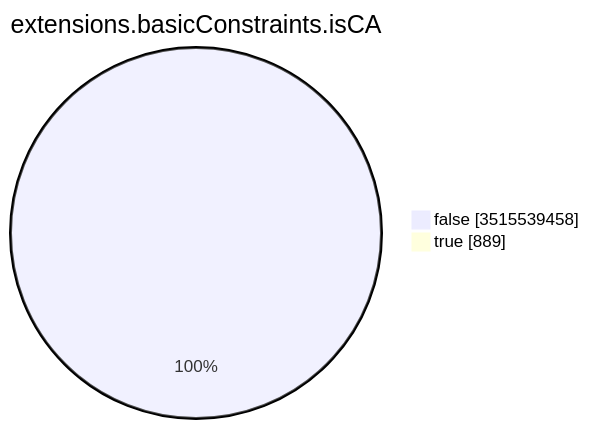
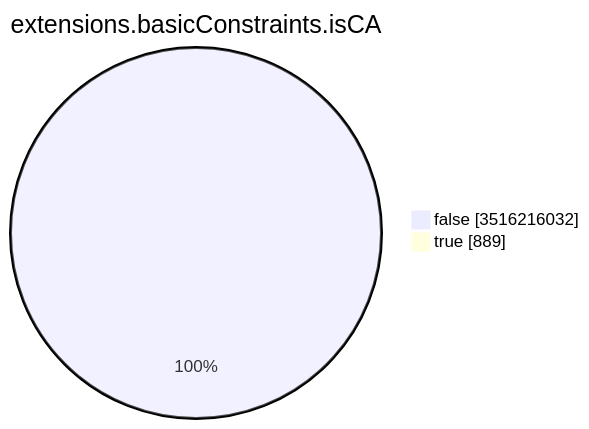
The seventh of 15 diagrams in TOTAL/README.md (christiankrug/ctmonitor_visualization), drawn with Mermaid before and after one commit. The commit also changed other lines of this file, not shown here.

````diff
--- a/TOTAL/README.md
+++ b/TOTAL/README.md
@@ -3094,6 +3094,6 @@
 ```mermaid
 pie showData
 title extensions.basicConstraints.isCA
-"false" :3515539458
+"false" :3516216032
 "true" :889
 ```
````
